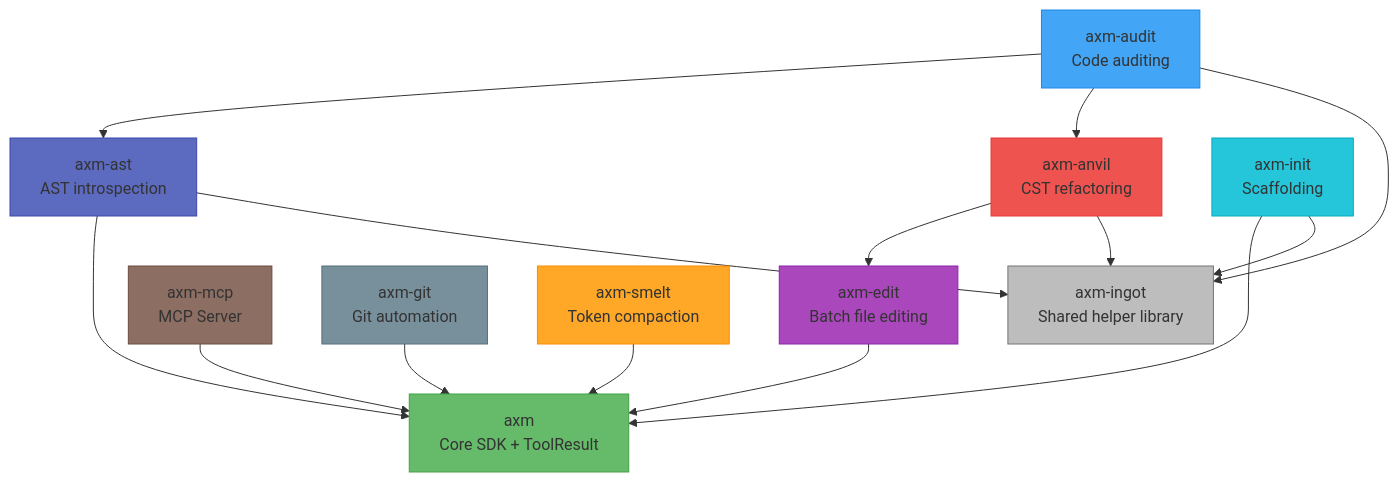
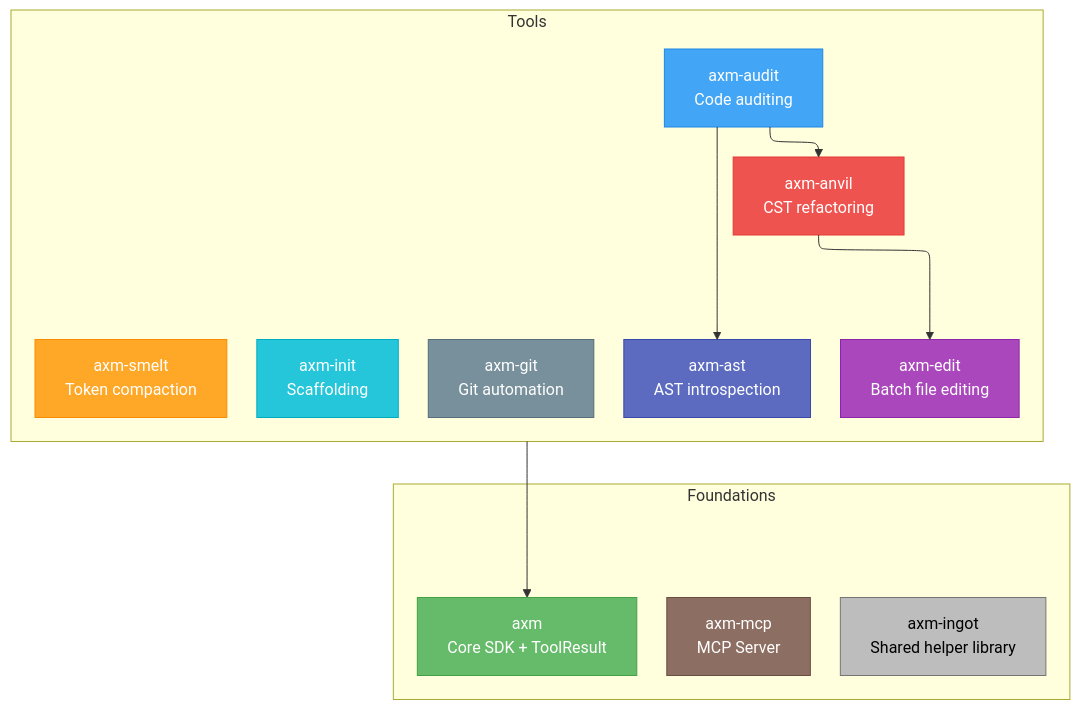
One commit to axm-protocols/axm-forge changed the diagram in docs/index.md. Above: the diagram before and after it, drawn with Mermaid. The commit also changed 1 other file, not shown here.

Commit message:
docs(forge): redesign architecture diagram into layered Tools/Foundations view
Rework the home and Packages architecture mermaid into a readable two-layer
layout, identical on both pages:

- ELK renderer (mermaid@11) for stable layered placement.
- Tools layer: audit + anvil on top (built on the row below), and ast / edit
  / init / git / smelt aligned on one row underneath.
- Foundations layer: axm-mcp, axm (Core SDK), axm-ingot (shared helper lib)
  aligned on a single row.
- A single tools -> axm edge links the two layers (also fills/aligns the
  foundations row under ELK); inner row containers are frameless.
- Readable label contrast (white/black text per node color).

Previously docs/packages/index.md carried an older partial diagram (missing
axm/anvil/edit/mcp); both pages now share the same canonical view.

mkdocs build green.

````diff
--- a/docs/index.md
+++ b/docs/index.md
@@ -121,29 +121,52 @@
 ```mermaid
+%%{ init: { "flowchart": { "defaultRenderer": "elk" } } }%%
 graph TD
-    classDef ast fill:#5C6BC0,stroke:#3949AB
-    classDef audit fill:#42A5F5,stroke:#1E88E5
-    classDef init fill:#26C6DA,stroke:#00ACC1
-    classDef git fill:#78909C,stroke:#546E7A
-    classDef smelt fill:#FFA726,stroke:#FB8C00
-    classDef anvil fill:#EF5350,stroke:#E53935
-    classDef edit fill:#AB47BC,stroke:#8E24AA
-    classDef axm fill:#66BB6A,stroke:#43A047
-    classDef mcp fill:#8D6E63,stroke:#6D4C41
-    classDef ingot fill:#BDBDBD,stroke:#757575
+    classDef ast fill:#5C6BC0,stroke:#3949AB,color:#fff
+    classDef audit fill:#42A5F5,stroke:#1E88E5,color:#fff
+    classDef init fill:#26C6DA,stroke:#00ACC1,color:#fff
+    classDef git fill:#78909C,stroke:#546E7A,color:#fff
+    classDef smelt fill:#FFA726,stroke:#FB8C00,color:#fff
+    classDef anvil fill:#EF5350,stroke:#E53935,color:#fff
+    classDef edit fill:#AB47BC,stroke:#8E24AA,color:#fff
+    classDef axm fill:#66BB6A,stroke:#43A047,color:#fff
+    classDef mcp fill:#8D6E63,stroke:#6D4C41,color:#fff
+    classDef ingot fill:#BDBDBD,stroke:#757575,color:#000
 
-    AXM["axm<br/>Core SDK + ToolResult"]:::axm
-    INGOT["axm-ingot<br/>Shared helper library"]:::ingot
-    MCP["axm-mcp<br/>MCP Server"]:::mcp --> AXM
-    AST["axm-ast<br/>AST introspection"]:::ast --> AXM
-    AUDIT["axm-audit<br/>Code auditing"]:::audit --> AST
-    AUDIT --> ANVIL
-    INIT["axm-init<br/>Scaffolding"]:::init --> AXM
-    GIT["axm-git<br/>Git automation"]:::git --> AXM
-    SMELT["axm-smelt<br/>Token compaction"]:::smelt --> AXM
-    ANVIL["axm-anvil<br/>CST refactoring"]:::anvil --> EDIT
-    EDIT["axm-edit<br/>Batch file editing"]:::edit --> AXM
-    AST --> INGOT
-    AUDIT --> INGOT
-    INIT --> INGOT
-    ANVIL --> INGOT
+    subgraph tools [Tools]
+        direction TB
+
+        AUDIT["axm-audit<br/>Code auditing"]:::audit
+        ANVIL["axm-anvil<br/>CST refactoring"]:::anvil
+
+        subgraph botrow [ ]
+            direction LR
+            AST["axm-ast<br/>AST introspection"]:::ast
+            EDIT["axm-edit<br/>Batch file editing"]:::edit
+            INIT["axm-init<br/>Scaffolding"]:::init
+            GIT["axm-git<br/>Git automation"]:::git
+            SMELT["axm-smelt<br/>Token compaction"]:::smelt
+        end
+
+        AUDIT --> AST
+        AUDIT --> ANVIL
+        ANVIL --> EDIT
+    end
+
+    subgraph foundations [Foundations]
+        direction TB
+        subgraph baserow [ ]
+            direction LR
+            MCP["axm-mcp<br/>MCP Server"]:::mcp
+            AXM["axm<br/>Core SDK + ToolResult"]:::axm
+            INGOT["axm-ingot<br/>Shared helper library"]:::ingot
+        end
+    end
+
+    %% the whole tool layer builds on the shared foundations
+    %% (target a node inside baserow so ELK fills + aligns that row)
+    tools --> AXM
+
+    %% hide the inner row containers (keep only Tools / Foundations frames)
+    style botrow fill:none,stroke:none
+    style baserow fill:none,stroke:none
 ```
````
